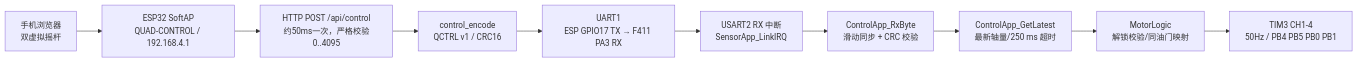
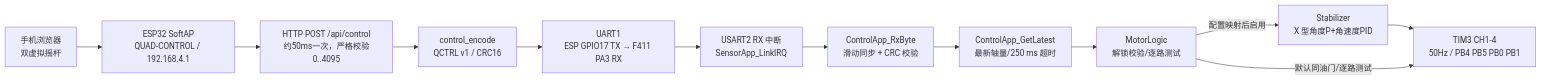
Before and after one commit to Killvinrie/quad: diagram 16 of 16 in software/docs/PROGRAM_FLOW.md, drawn with Mermaid. The commit also changed other lines of this file and 20 other files, not shown here.

````diff
--- a/software/docs/PROGRAM_FLOW.md
+++ b/software/docs/PROGRAM_FLOW.md
@@ -540,12 +542,14 @@
 ```mermaid
 flowchart LR
     A["手机浏览器<br/>双虚拟摇杆"] --> B["ESP32 SoftAP<br/>QUAD-CONTROL / 192.168.4.1"]
     B --> C["HTTP POST /api/control<br/>约50ms一次，严格校验0..4095"]
     C --> D["control_encode<br/>QCTRL v1 / CRC16"]
     D --> F["UART1<br/>ESP GPIO17 TX → F411 PA3 RX"]
     F --> G["USART2 RX 中断<br/>SensorApp_LinkIRQ"]
     G --> H["ControlApp_RxByte<br/>滑动同步 + CRC 校验"]
     H --> I["ControlApp_GetLatest<br/>最新轴量/250 ms 超时"]
-    I --> J["MotorLogic<br/>解锁校验/同油门映射"]
-    J --> K["TIM3 CH1-4<br/>50Hz / PB4 PB5 PB0 PB1"]
+    I --> J["MotorLogic<br/>解锁校验/逐路测试"]
+    J -->|"配置映射后启用"| P["Stabilizer<br/>X 型角度P+角速度PID"]
+    P --> K["TIM3 CH1-4<br/>50Hz / PB4 PB5 PB0 PB1"]
+    J -->|"默认同油门/逐路测试"| K
 ```
````
